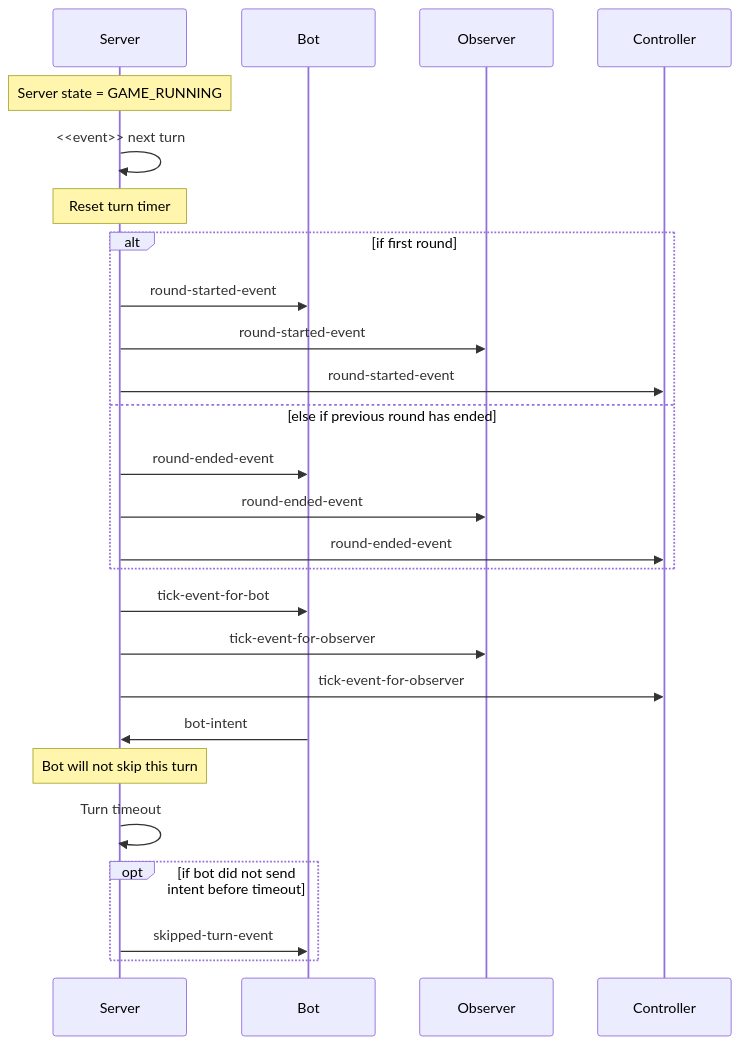
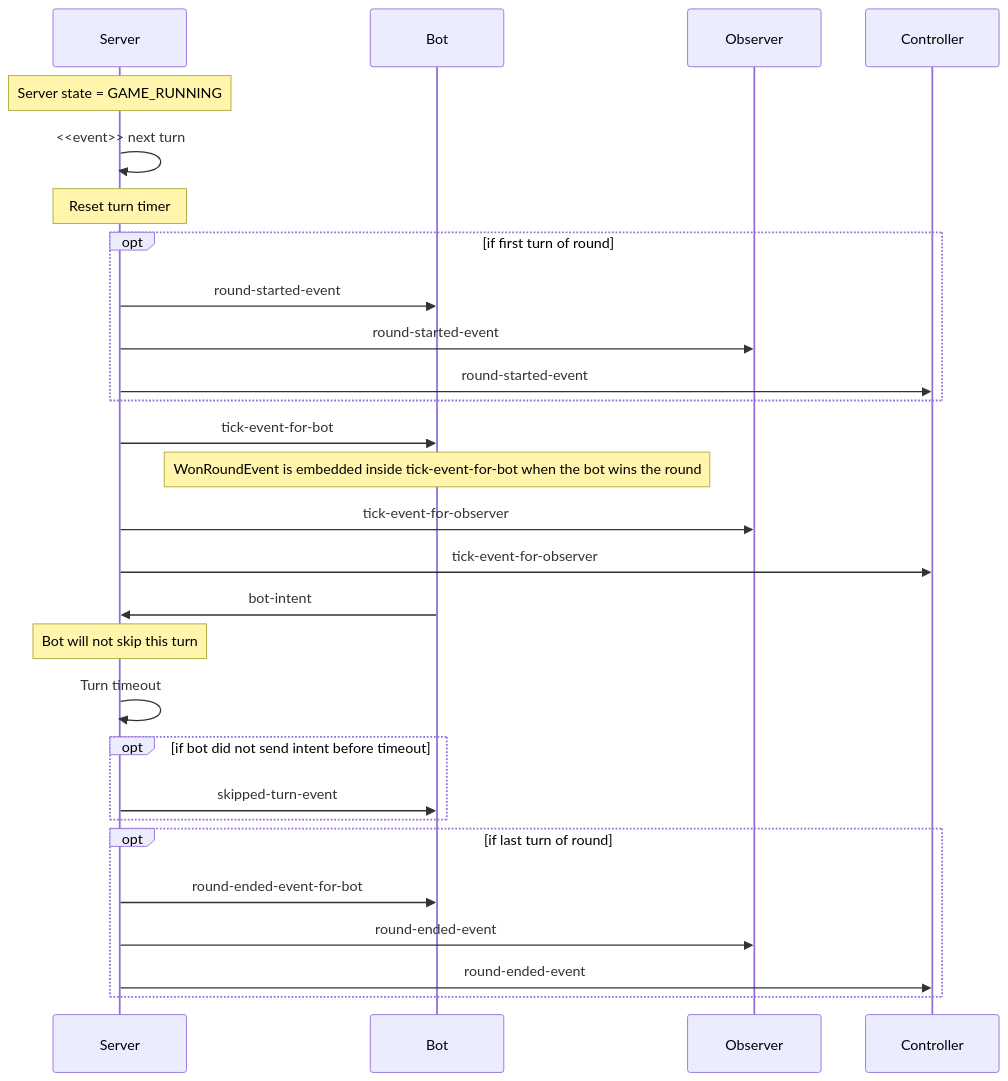
One commit to robocode-dev/tank-royale changed the sixth of 13 diagrams in schema/schemas/README.md. Above: the diagram before and after it, drawn with Mermaid. The commit also changed other lines of this file, not shown here.

Commit message:
docs: fix sequence diagrams in schema README to match actual server wire order
The running-next-turn diagram incorrectly showed round-ended-event before
tick-event-for-bot, and showed round-started-event after the tick. The
actual server order (confirmed from GameServer.kt) is: round-started-event
at the start of the first turn, then tick, then round-ended-event after
the last tick.

The game-ending diagram incorrectly showed a standalone won-round-event
message. That message does not exist — WonRoundEvent is always embedded
inside the last tick-event-for-bot via EventsMapper. Added a note
clarifying this and removed the erroneous message from the diagram.

````diff
--- a/schema/schemas/README.md
+++ b/schema/schemas/README.md
@@ -188,24 +188,26 @@
 ```mermaid
 sequenceDiagram
 Note over Server: Server state = GAME_RUNNING
 Server->>Server: <<event>> next turn
 Note over Server: Reset turn timer
-alt if first round
+opt if first turn of round
     Server->>Bot: round-started-event
     Server->>Observer: round-started-event
     Server->>Controller: round-started-event
-else else if previous round has ended
-    Server->>Bot: round-ended-event
-    Server->>Observer: round-ended-event
-    Server->>Controller: round-ended-event
 end
 Server->>Bot: tick-event-for-bot
+Note over Bot: WonRoundEvent is embedded inside tick-event-for-bot when the bot wins the round
 Server->>Observer: tick-event-for-observer
 Server->>Controller: tick-event-for-observer
 Bot->>Server: bot-intent
 Note over Server: Bot will not skip this turn
 Server->>Server: Turn timeout
 opt if bot did not send intent before timeout
     Server->>Bot: skipped-turn-event
 end
+opt if last turn of round
+    Server->>Bot: round-ended-event-for-bot
+    Server->>Observer: round-ended-event
+    Server->>Controller: round-ended-event
+end
 ```
````
